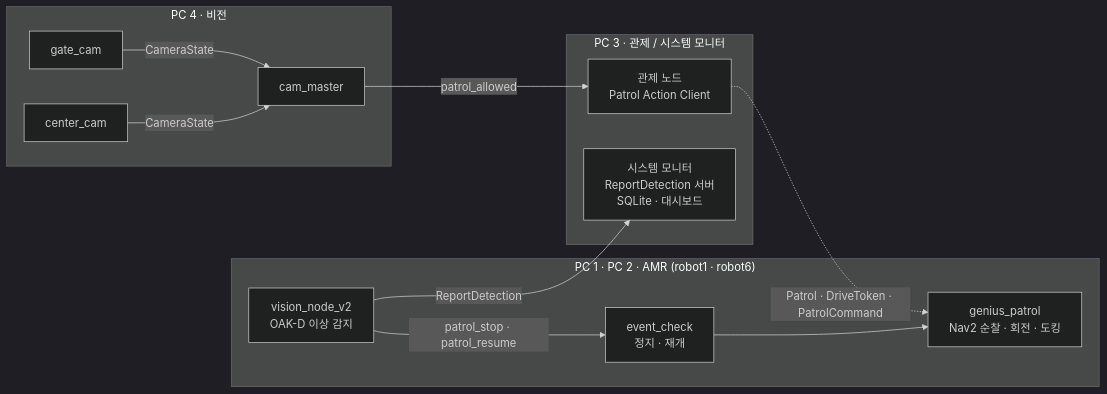
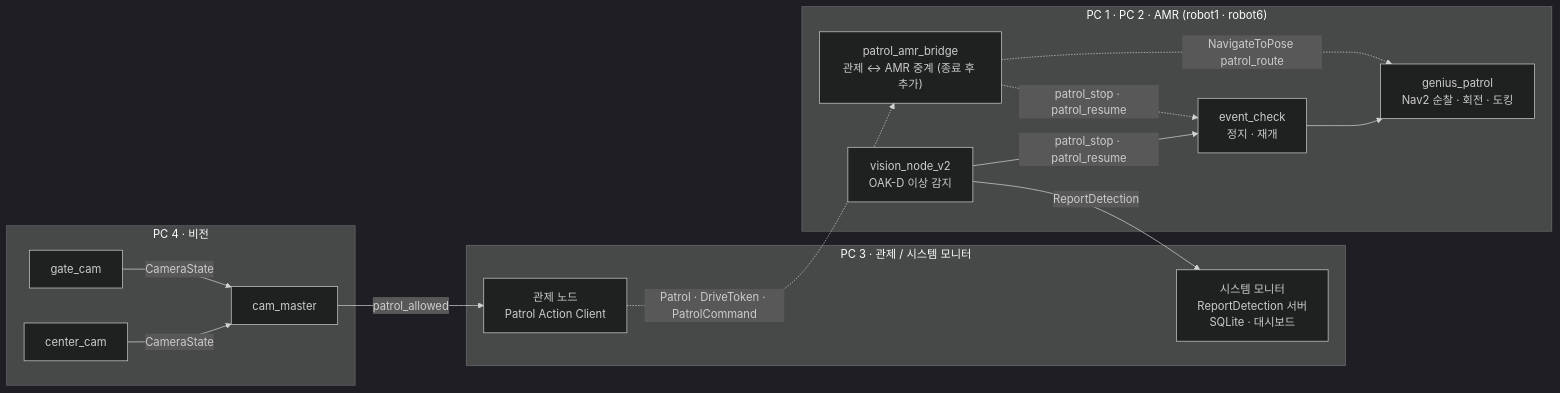
The diagram in README.md (abyssGo/AMR-patrol-system), drawn with Mermaid (dark theme) before and after one commit. The commit also changed other lines of this file and 13 other files, not shown here.

First line of the commit message:
feat: 관제 ↔ AMR 중계(patrol_amr_bridge) 추가 · README 보완 (#3)

````diff
--- a/README.md
+++ b/README.md
@@ -129,24 +130,27 @@
 ```mermaid
 flowchart LR
     subgraph PC4["PC 4 · 비전"]
         GATE[gate_cam]
         CENTER[center_cam]
         MASTER[cam_master]
     end
     subgraph PC3["PC 3 · 관제 / 시스템 모니터"]
         CTRL["관제 노드<br/>Patrol Action Client"]
         MON["시스템 모니터<br/>ReportDetection 서버<br/>SQLite · 대시보드"]
     end
     subgraph AMR["PC 1 · PC 2 · AMR (robot1 · robot6)"]
+        BRIDGE["patrol_amr_bridge<br/>관제 ↔ AMR 중계 (종료 후 추가)"]
         PATROL["genius_patrol<br/>Nav2 순찰 · 회전 · 도킹"]
         EVENT["event_check<br/>정지 · 재개"]
         DET["vision_node_v2<br/>OAK-D 이상 감지"]
     end
     GATE -->|CameraState| MASTER
     CENTER -->|CameraState| MASTER
     MASTER -->|patrol_allowed| CTRL
-    CTRL -.->|Patrol · DriveToken · PatrolCommand| PATROL
+    CTRL -.->|Patrol · DriveToken · PatrolCommand| BRIDGE
+    BRIDGE -.->|NavigateToPose patrol_route| PATROL
+    BRIDGE -.->|patrol_stop · patrol_resume| EVENT
     DET -->|patrol_stop · patrol_resume| EVENT
     EVENT --> PATROL
     DET -->|ReportDetection| MON
 ```
````
